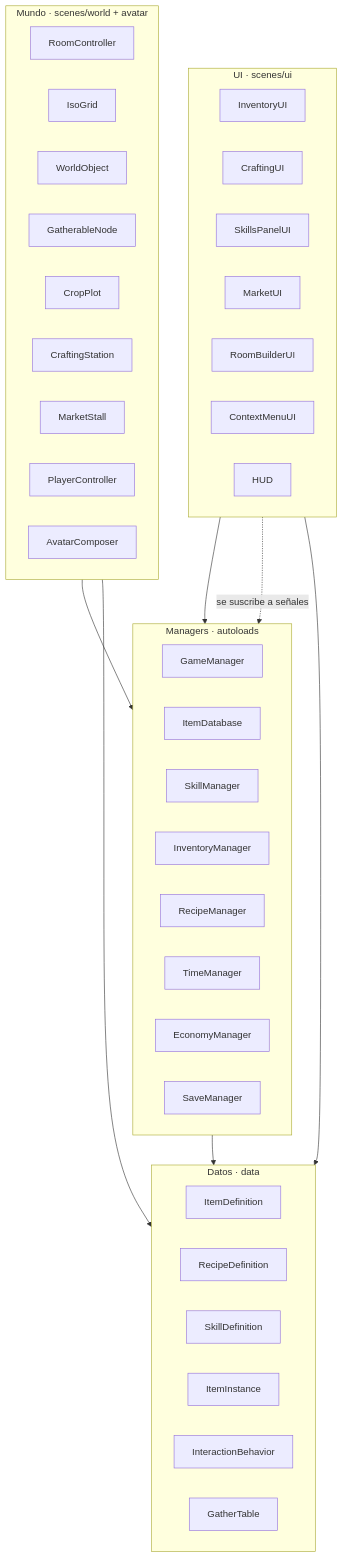
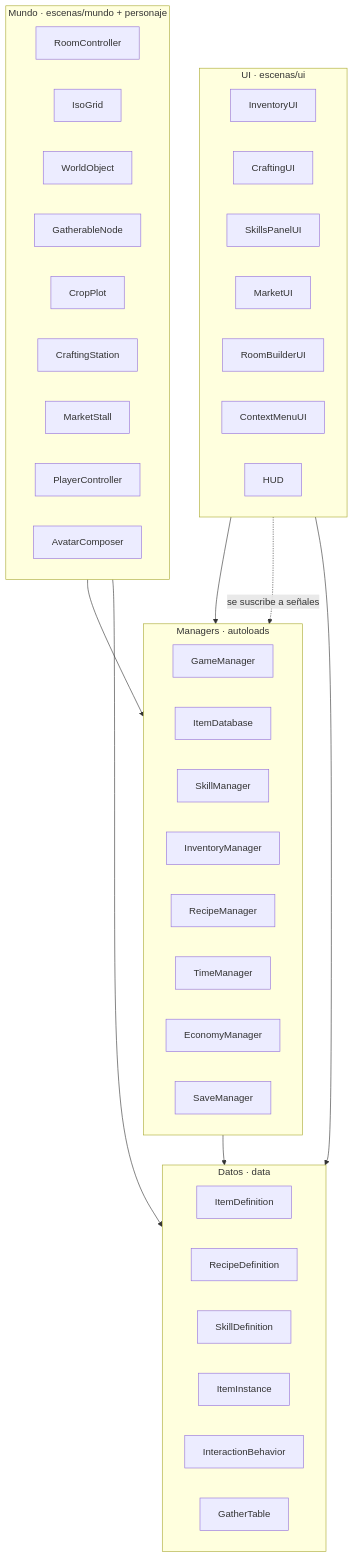
One commit to MumiolaDev/MumiolaCity changed the first of 9 diagrams in docs/SISTEMAS.md. Above: the diagram before and after it, drawn with Mermaid. The commit also changed other lines of this file and 4 other files, not shown here.

````diff
--- a/docs/SISTEMAS.md
+++ b/docs/SISTEMAS.md
@@ -26,21 +26,21 @@
 ```mermaid
 flowchart TD
-  subgraph ui[UI · scenes/ui]
+  subgraph ui[UI · escenas/ui]
     InventoryUI; CraftingUI; SkillsPanelUI; MarketUI; RoomBuilderUI; ContextMenuUI; HUD
   end
-  subgraph mundo[Mundo · scenes/world + avatar]
+  subgraph mundo[Mundo · escenas/mundo + personaje]
     RoomController; IsoGrid; WorldObject; GatherableNode; CropPlot; CraftingStation; MarketStall; PlayerController; AvatarComposer
   end
   subgraph mgr[Managers · autoloads]
     GameManager; ItemDatabase; SkillManager; InventoryManager; RecipeManager; TimeManager; EconomyManager; SaveManager
   end
   subgraph datos[Datos · data]
     ItemDefinition; RecipeDefinition; SkillDefinition; ItemInstance; InteractionBehavior; GatherTable
   end
   ui --> mgr
   mundo --> mgr
   mgr --> datos
   ui -. "se suscribe a señales" .-> mgr
   mundo --> datos
   ui --> datos
 ```
````
